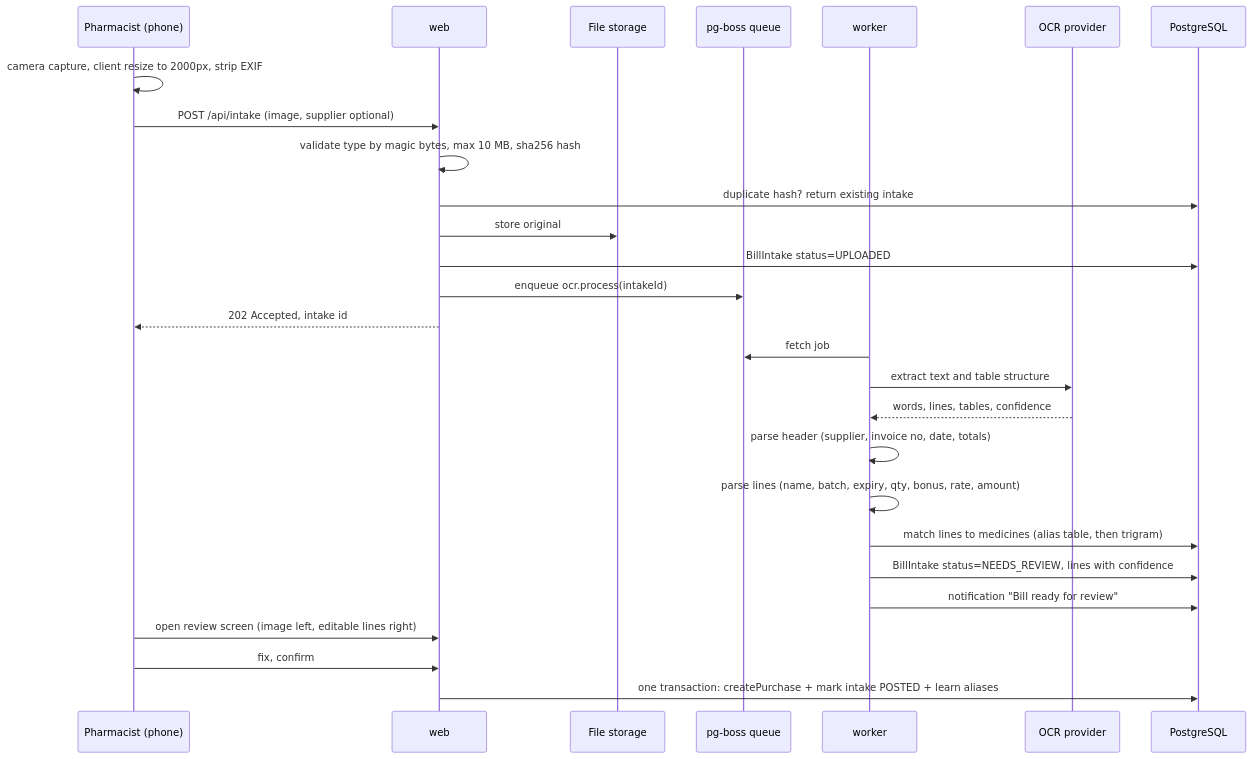
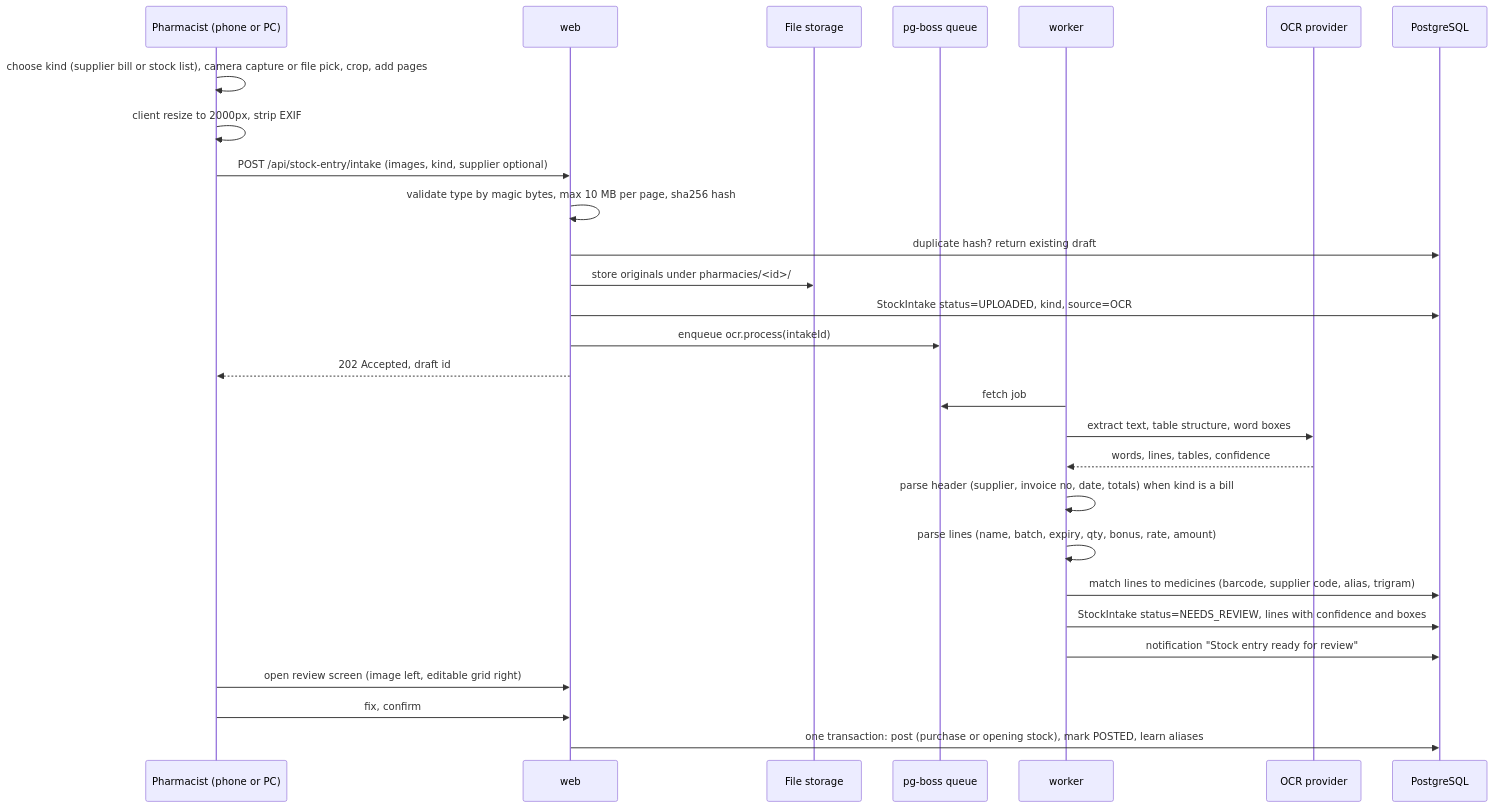
One commit to sudais-khalid/pharmacy-crm changed the seventh of 8 diagrams in docs/plan/02-architecture.md. Above: the diagram before and after it, drawn with Mermaid. The commit also changed other lines of this file, not shown here.

First line of the commit message:
Make stock entry a core flow and remove customer portal design

````diff
--- a/docs/plan/02-architecture.md
+++ b/docs/plan/02-architecture.md
@@ -300,30 +331,31 @@
 ```mermaid
 sequenceDiagram
-  participant P as Pharmacist (phone)
+  participant P as Pharmacist (phone or PC)
   participant W as web
   participant F as File storage
   participant Q as pg-boss queue
   participant K as worker
   participant O as OCR provider
   participant DB as PostgreSQL
 
-  P->>P: camera capture, client resize to 2000px, strip EXIF
-  P->>W: POST /api/intake (image, supplier optional)
-  W->>W: validate type by magic bytes, max 10 MB, sha256 hash
-  W->>DB: duplicate hash? return existing intake
-  W->>F: store original
-  W->>DB: BillIntake status=UPLOADED
+  P->>P: choose kind (supplier bill or stock list), camera capture or file pick, crop, add pages
+  P->>P: client resize to 2000px, strip EXIF
+  P->>W: POST /api/stock-entry/intake (images, kind, supplier optional)
+  W->>W: validate type by magic bytes, max 10 MB per page, sha256 hash
+  W->>DB: duplicate hash? return existing draft
+  W->>F: store originals under pharmacies/<id>/
+  W->>DB: StockIntake status=UPLOADED, kind, source=OCR
   W->>Q: enqueue ocr.process(intakeId)
-  W-->>P: 202 Accepted, intake id
+  W-->>P: 202 Accepted, draft id
   K->>Q: fetch job
-  K->>O: extract text and table structure
+  K->>O: extract text, table structure, word boxes
   O-->>K: words, lines, tables, confidence
-  K->>K: parse header (supplier, invoice no, date, totals)
+  K->>K: parse header (supplier, invoice no, date, totals) when kind is a bill
   K->>K: parse lines (name, batch, expiry, qty, bonus, rate, amount)
-  K->>DB: match lines to medicines (alias table, then trigram)
-  K->>DB: BillIntake status=NEEDS_REVIEW, lines with confidence
-  K->>DB: notification "Bill ready for review"
-  P->>W: open review screen (image left, editable lines right)
+  K->>DB: match lines to medicines (barcode, supplier code, alias, trigram)
+  K->>DB: StockIntake status=NEEDS_REVIEW, lines with confidence and boxes
+  K->>DB: notification "Stock entry ready for review"
+  P->>W: open review screen (image left, editable grid right)
   P->>W: fix, confirm
-  W->>DB: one transaction: createPurchase + mark intake POSTED + learn aliases
+  W->>DB: one transaction: post (purchase or opening stock), mark POSTED, learn aliases
 ```
````
